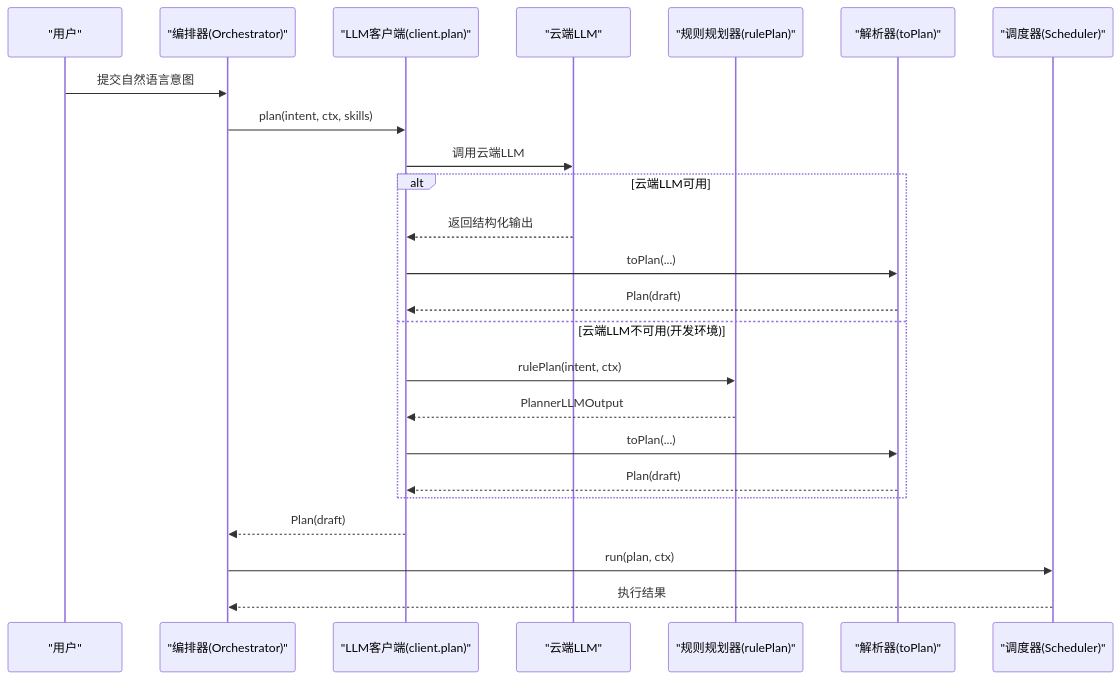
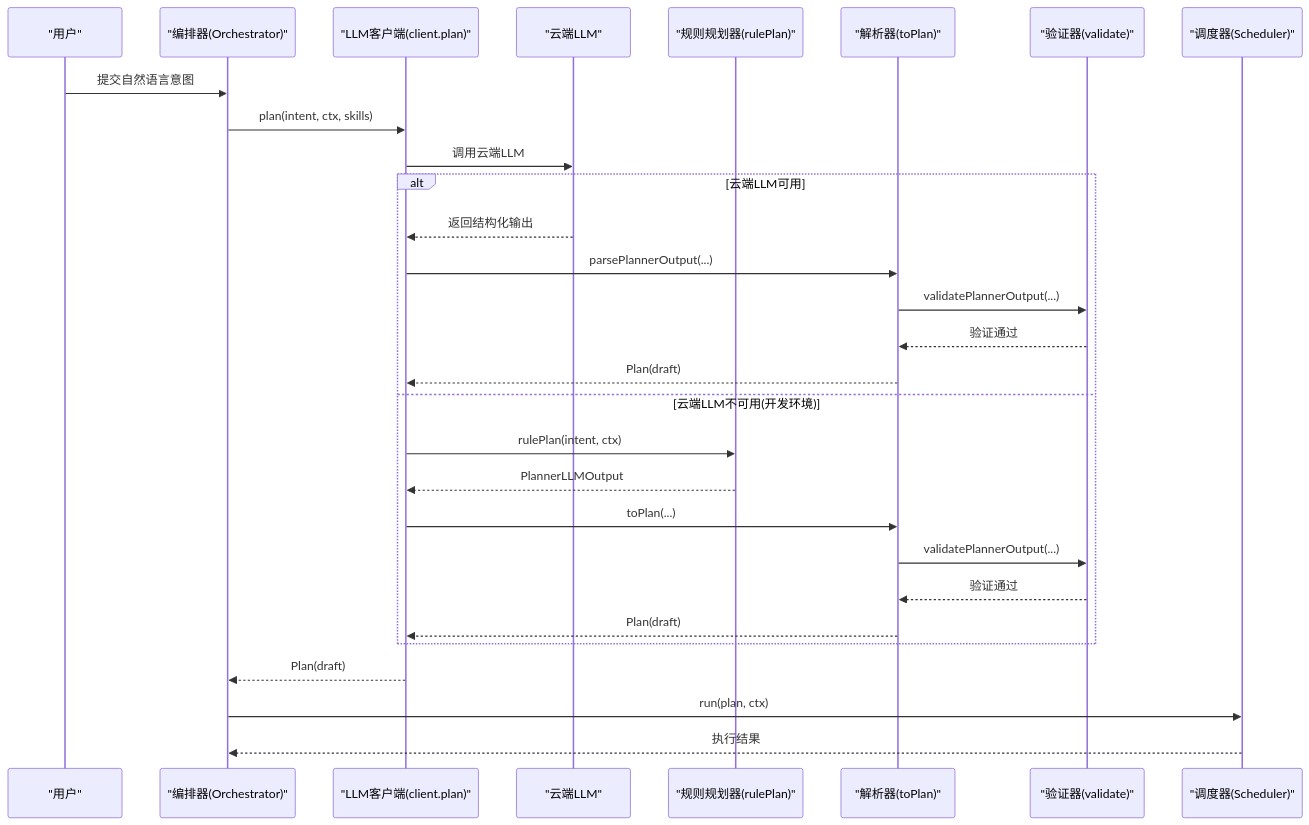
One commit to Ichi-Hackton/WAIC-WeChat-MiniProgram changed the second of 7 diagrams in .qoder/repowiki/zh/content/LLM集成/规则规划器.md. Above: the diagram before and after it, drawn with Mermaid. The commit also changed other lines of this file and 33 other files, not shown here.

````diff
--- a/.qoder/repowiki/zh/content/LLM集成/规则规划器.md
+++ b/.qoder/repowiki/zh/content/LLM集成/规则规划器.md
@@ -93,26 +113,31 @@
 ```mermaid
 sequenceDiagram
 participant User as "用户"
 participant Orchestrator as "编排器(Orchestrator)"
 participant Client as "LLM客户端(client.plan)"
 participant CloudLLM as "云端LLM"
 participant RulePlanner as "规则规划器(rulePlan)"
 participant Parser as "解析器(toPlan)"
+participant Validator as "验证器(validate)"
 participant Scheduler as "调度器(Scheduler)"
 User->>Orchestrator : 提交自然语言意图
 Orchestrator->>Client : plan(intent, ctx, skills)
 Client->>CloudLLM : 调用云端LLM
 alt 云端LLM可用
 CloudLLM-->>Client : 返回结构化输出
-Client->>Parser : toPlan(...)
+Client->>Parser : parsePlannerOutput(...)
+Parser->>Validator : validatePlannerOutput(...)
+Validator-->>Parser : 验证通过
 Parser-->>Client : Plan(draft)
 else 云端LLM不可用(开发环境)
 Client->>RulePlanner : rulePlan(intent, ctx)
 RulePlanner-->>Client : PlannerLLMOutput
 Client->>Parser : toPlan(...)
+Parser->>Validator : validatePlannerOutput(...)
+Validator-->>Parser : 验证通过
 Parser-->>Client : Plan(draft)
 end
 Client-->>Orchestrator : Plan(draft)
 Orchestrator->>Scheduler : run(plan, ctx)
 Scheduler-->>Orchestrator : 执行结果
 ```
````
